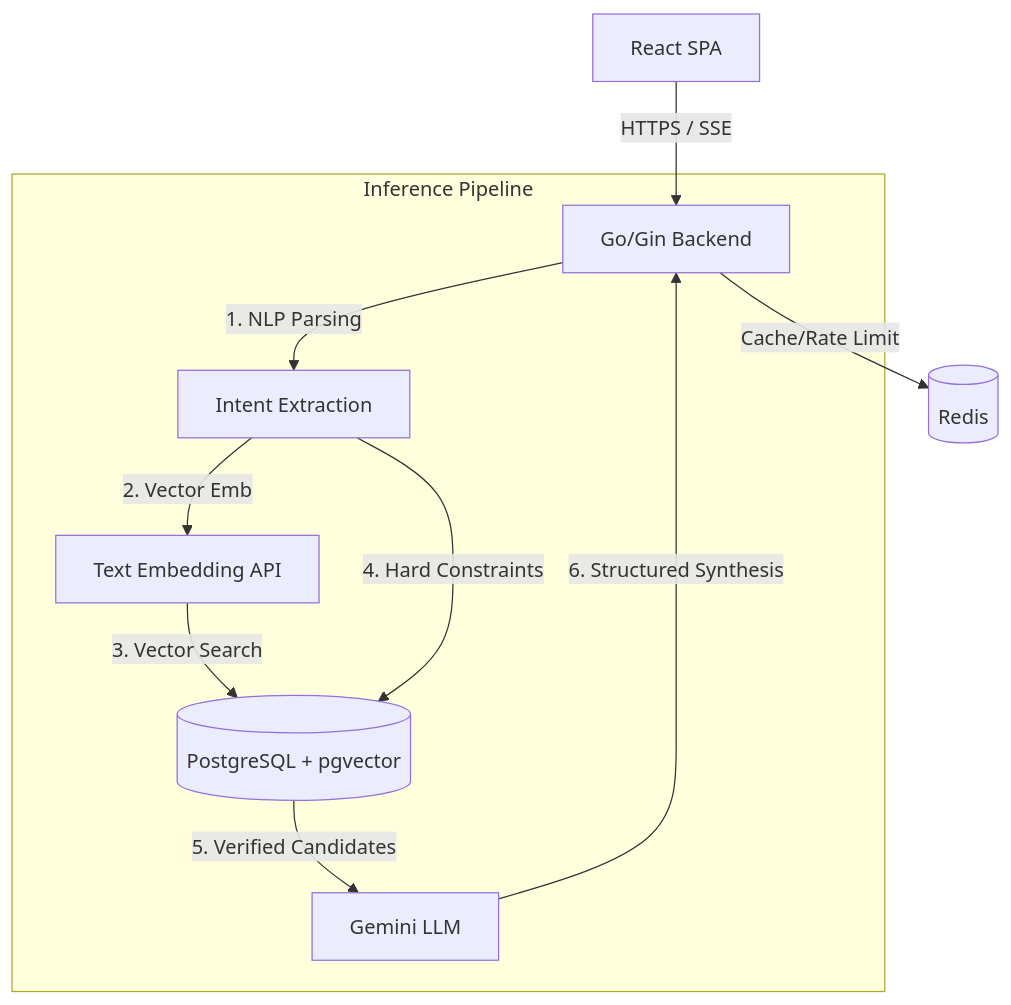
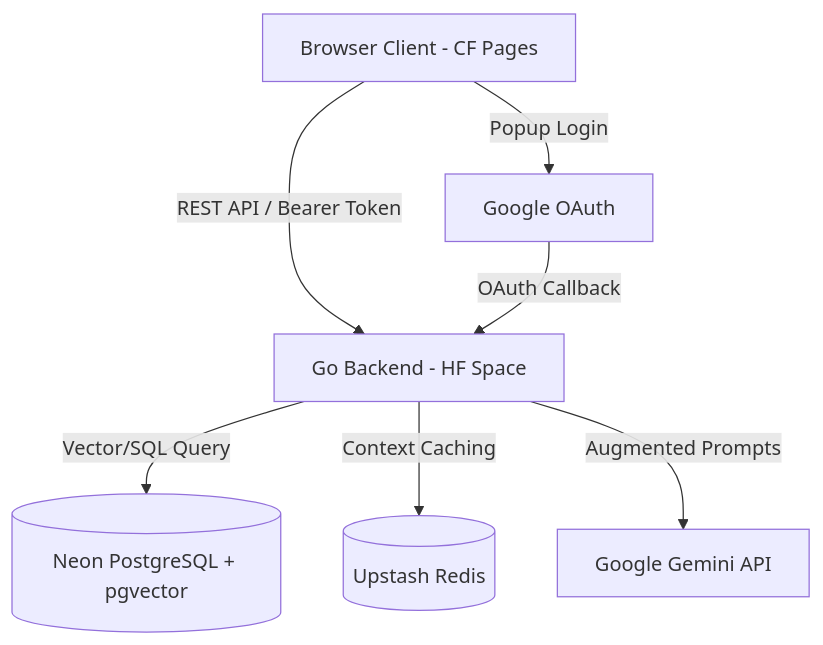
The first of 2 diagrams in README.md (VivekWar/materials-mind), drawn with Mermaid before and after one commit. The commit also changed other lines of this file, not shown here.

Commit message:
docs: update comprehensive README with production architecture and engineering review

````diff
--- a/README.md
+++ b/README.md
@@ -27,15 +19,16 @@
 ```mermaid
 graph TD
-    Client[React SPA] -->|HTTPS / SSE| API[Go/Gin Backend]
-    
-    subgraph "Inference Pipeline"
-        API --> |1. NLP Parsing| Intent[Intent Extraction]
-        Intent --> |2. Vector Emb| Embedding[Text Embedding API]
-        Embedding --> |3. Vector Search| PG[(PostgreSQL + pgvector)]
-        Intent --> |4. Hard Constraints| PG
-        PG --> |5. Verified Candidates| LLM[Gemini LLM]
-        LLM --> |6. Structured Synthesis| API
-    end
-    
-    API --> |Cache/Rate Limit| Redis[(Redis)]
+    Client[Browser Client - CF Pages]
+    Backend[Go Backend - HF Space]
+    Neon[(Neon PostgreSQL + pgvector)]
+    Redis[(Upstash Redis)]
+    Gemini[Google Gemini API]
+    OAuth[Google OAuth]
+
+    Client -- REST API / Bearer Token --> Backend
+    Client -- Popup Login --> OAuth
+    OAuth -- OAuth Callback --> Backend
+    Backend -- Vector/SQL Query --> Neon
+    Backend -- Context Caching --> Redis
+    Backend -- Augmented Prompts --> Gemini
 ```
````
